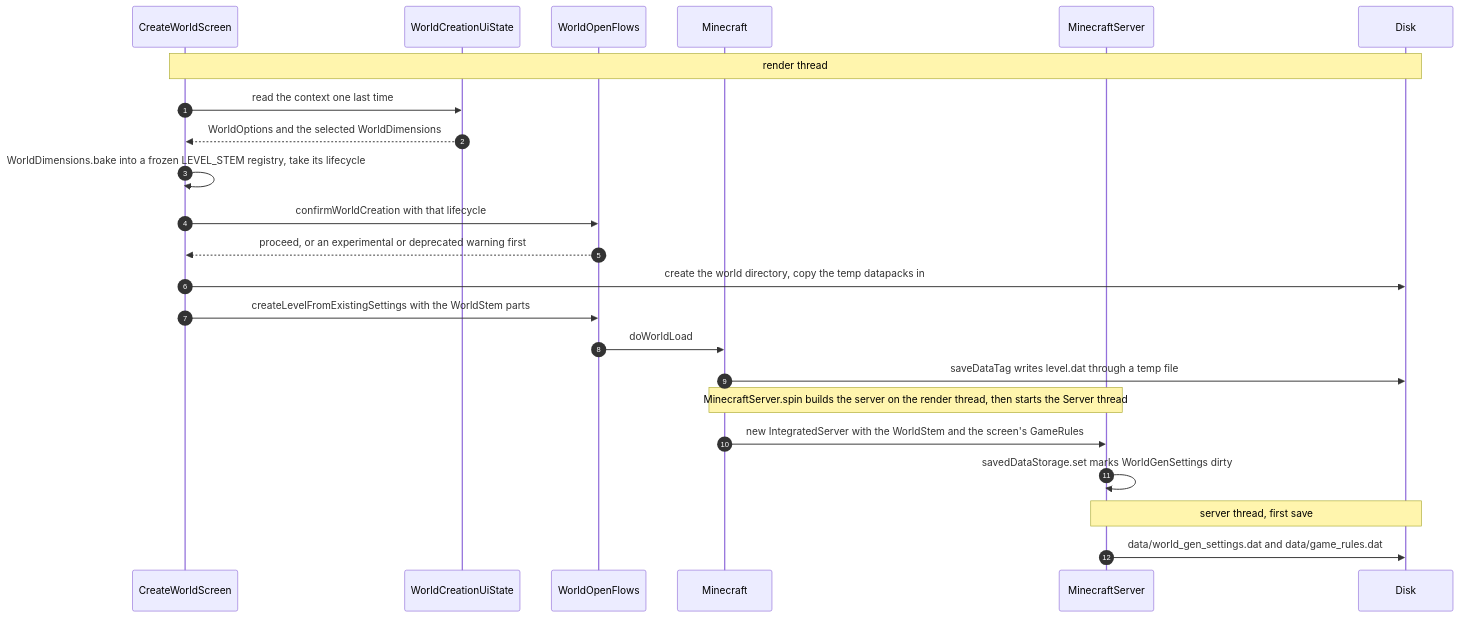
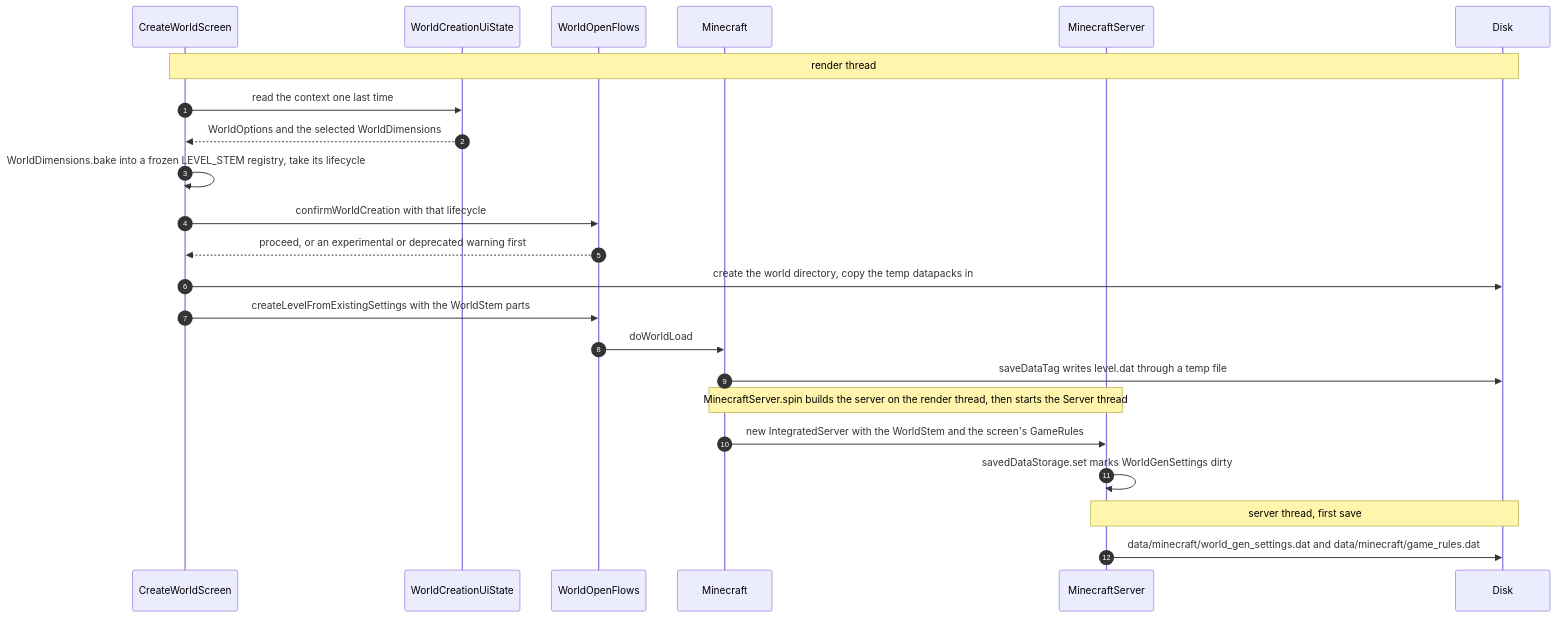
One commit to AlexanderjFraser/MinecraftDocs changed the second of 2 diagrams in src/systems/worldgen/creating-a-world.md. Above: the diagram before and after it, drawn with Mermaid. The commit also changed other lines of this file and 10 other files, not shown here.

````diff
--- a/src/systems/worldgen/creating-a-world.md
+++ b/src/systems/worldgen/creating-a-world.md
@@ -191,25 +191,25 @@
 ```mermaid
 sequenceDiagram
     autonumber
     participant CWS as CreateWorldScreen
     participant WCUS as WorldCreationUiState
     participant WOF as WorldOpenFlows
     participant MC as Minecraft
     participant MS as MinecraftServer
     participant Disk as Disk
     Note over CWS,Disk: render thread
     CWS->>WCUS: read the context one last time
     WCUS-->>CWS: WorldOptions and the selected WorldDimensions
     CWS->>CWS: WorldDimensions.bake into a frozen LEVEL_STEM registry, take its lifecycle
     CWS->>WOF: confirmWorldCreation with that lifecycle
     WOF-->>CWS: proceed, or an experimental or deprecated warning first
     CWS->>Disk: create the world directory, copy the temp datapacks in
     CWS->>WOF: createLevelFromExistingSettings with the WorldStem parts
     WOF->>MC: doWorldLoad
     MC->>Disk: saveDataTag writes level.dat through a temp file
     Note over MC,MS: MinecraftServer.spin builds the server on the render thread, then starts the Server thread
     MC->>MS: new IntegratedServer with the WorldStem and the screen's GameRules
     MS->>MS: savedDataStorage.set marks WorldGenSettings dirty
     Note over MS,Disk: server thread, first save
-    MS->>Disk: data/world_gen_settings.dat and data/game_rules.dat
+    MS->>Disk: data/minecraft/world_gen_settings.dat and data/minecraft/game_rules.dat
 ```
````
